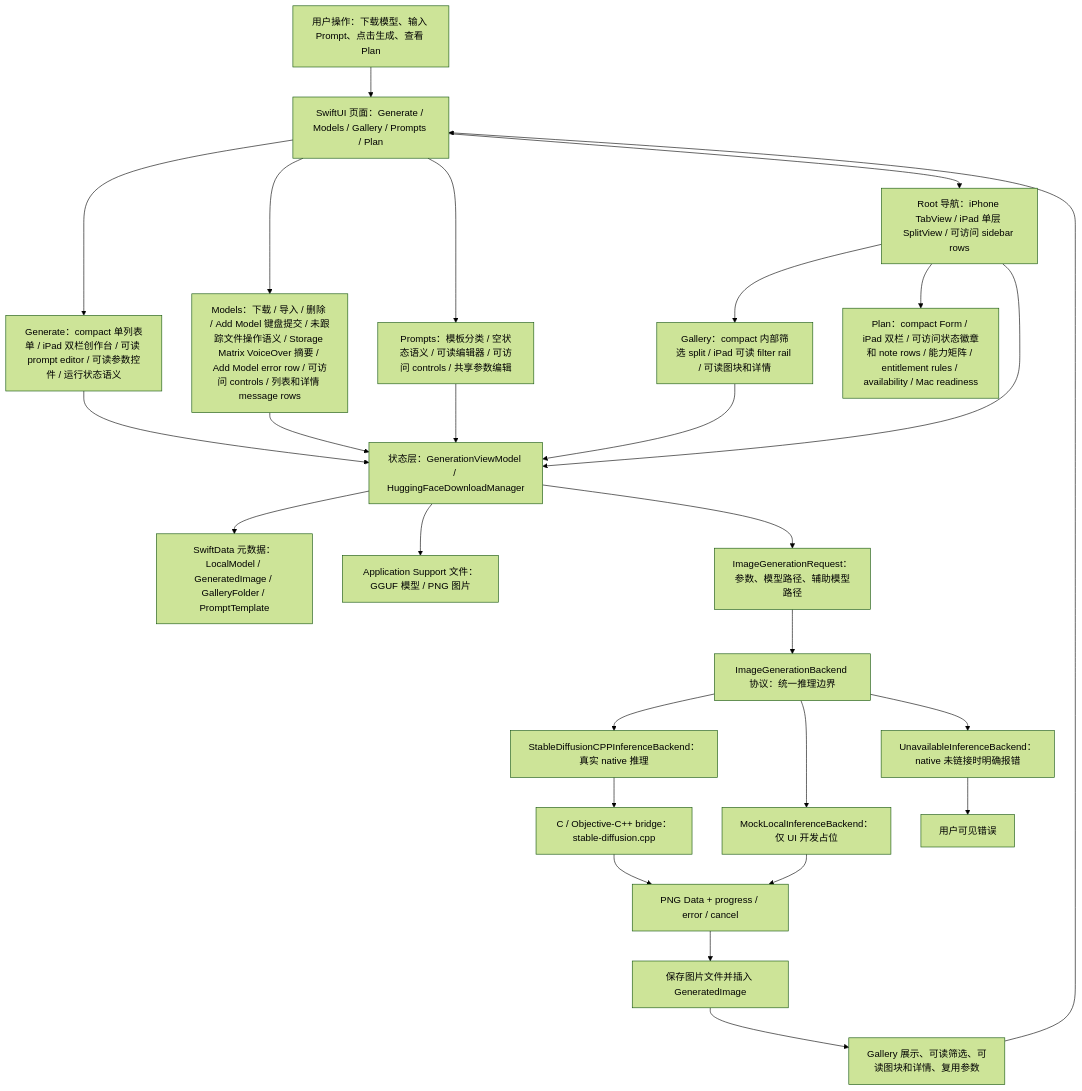
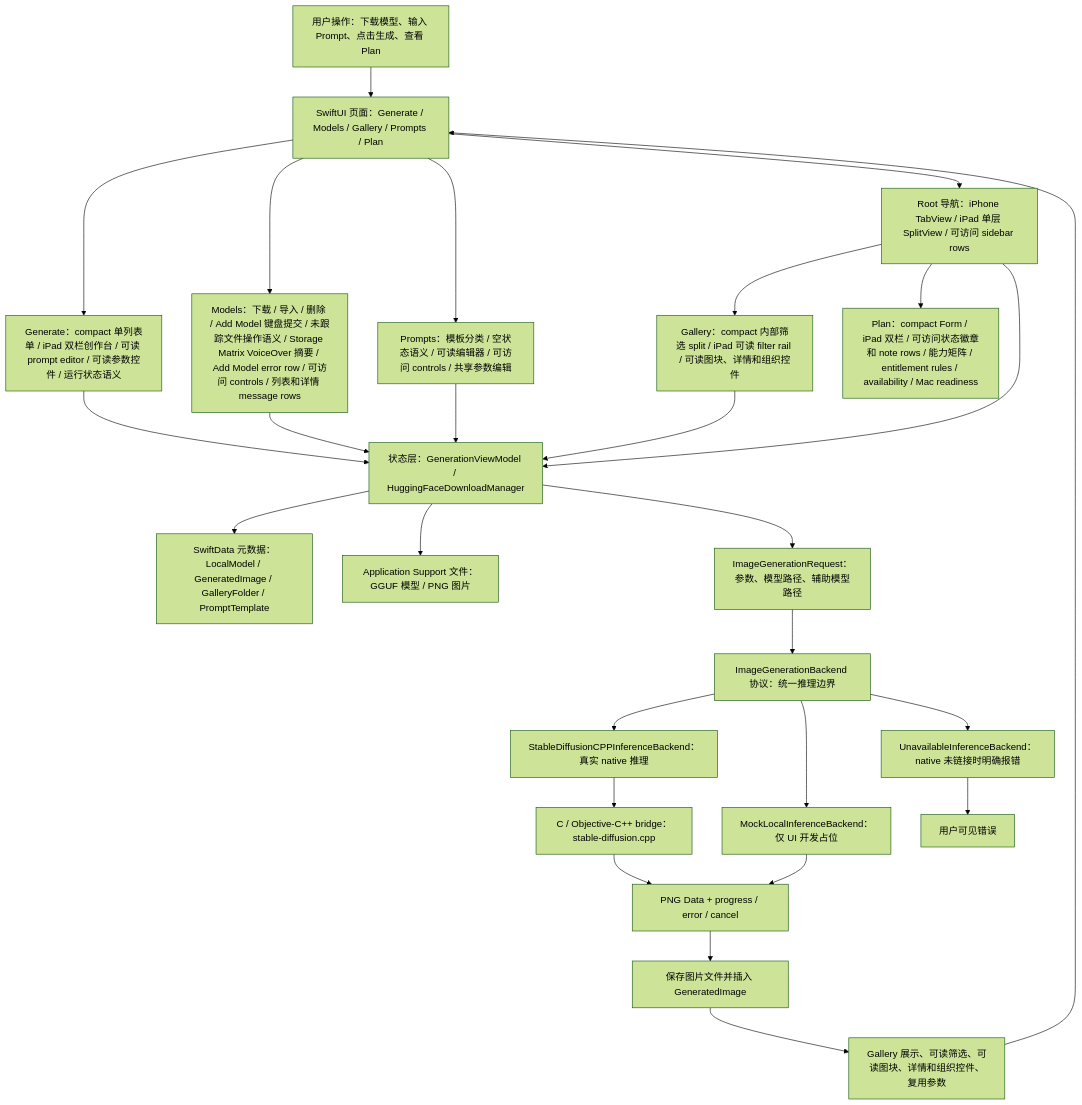
One commit to Altman-sam114/118 changed the first of 7 diagrams in md/flow/flowchart.md. Above: the diagram before and after it, drawn with Mermaid (forest theme). The commit also changed 5 other files, not shown here.

````diff
--- a/md/flow/flowchart.md
+++ b/md/flow/flowchart.md
@@ -9,29 +9,29 @@
 ```mermaid
 flowchart TD
   U["用户操作：下载模型、输入 Prompt、点击生成、查看 Plan"] --> UI["SwiftUI 页面：Generate / Models / Gallery / Prompts / Plan"]
   UI --> GENUI["Generate：compact 单列表单 / iPad 双栏创作台 / 可读 prompt editor / 可读参数控件 / 运行状态语义"]
   UI --> MODELUI["Models：下载 / 导入 / 删除 / Add Model 键盘提交 / 未跟踪文件操作语义 / Storage Matrix VoiceOver 摘要 / Add Model error row / 可访问 controls / 列表和详情 message rows"]
   UI --> PROMPTUI["Prompts：模板分类 / 空状态语义 / 可读编辑器 / 可访问 controls / 共享参数编辑"]
   UI --> NAV["Root 导航：iPhone TabView / iPad 单层 SplitView / 可访问 sidebar rows"]
-  NAV --> GALUI["Gallery：compact 内部筛选 split / iPad 可读 filter rail / 可读图块和详情"]
+  NAV --> GALUI["Gallery：compact 内部筛选 split / iPad 可读 filter rail / 可读图块、详情和组织控件"]
   NAV --> PLANUI["Plan：compact Form / iPad 双栏 / 可访问状态徽章和 note rows / 能力矩阵 / entitlement rules / availability / Mac readiness"]
   NAV --> VM["状态层：GenerationViewModel / HuggingFaceDownloadManager"]
   GENUI --> VM
   MODELUI --> VM
   PROMPTUI --> VM
   GALUI --> VM
   VM --> SD["SwiftData 元数据：LocalModel / GeneratedImage / GalleryFolder / PromptTemplate"]
   VM --> FS["Application Support 文件：GGUF 模型 / PNG 图片"]
   VM --> REQ["ImageGenerationRequest：参数、模型路径、辅助模型路径"]
   REQ --> IFACE["ImageGenerationBackend 协议：统一推理边界"]
   IFACE --> NATIVE["StableDiffusionCPPInferenceBackend：真实 native 推理"]
   IFACE --> MOCK["MockLocalInferenceBackend：仅 UI 开发占位"]
   IFACE --> OFF["UnavailableInferenceBackend：native 未链接时明确报错"]
   NATIVE --> BRIDGE["C / Objective-C++ bridge：stable-diffusion.cpp"]
   BRIDGE --> PNG["PNG Data + progress / error / cancel"]
   MOCK --> PNG
   OFF --> ERR["用户可见错误"]
   PNG --> SAVE["保存图片文件并插入 GeneratedImage"]
-  SAVE --> GALLERY["Gallery 展示、可读筛选、可读图块和详情、复用参数"]
+  SAVE --> GALLERY["Gallery 展示、可读筛选、可读图块、详情和组织控件、复用参数"]
   GALLERY --> UI
 ```
````
